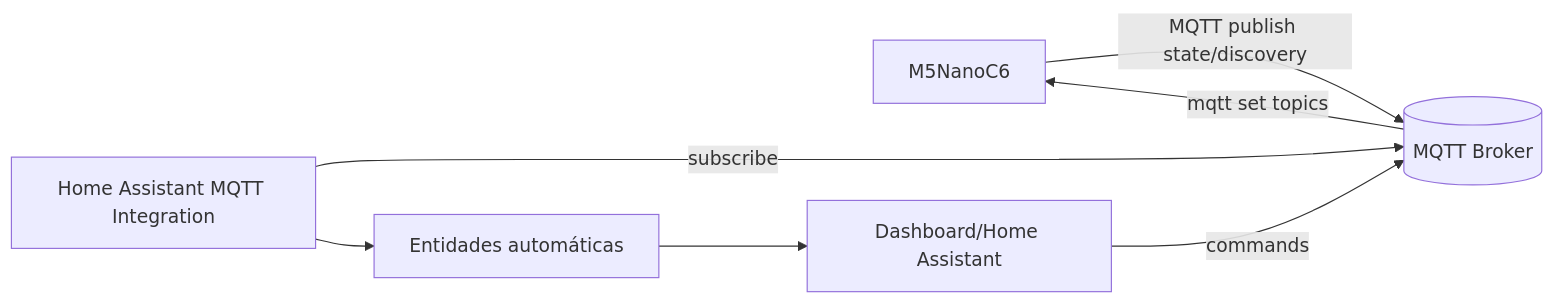
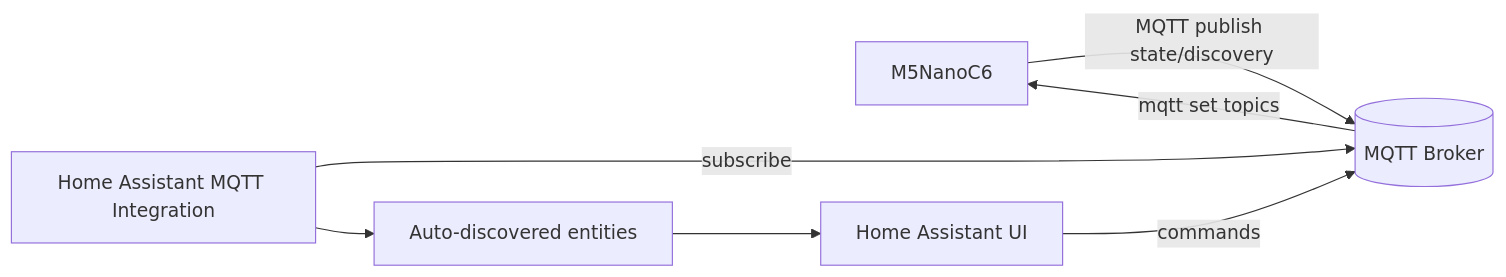
One commit to paulocfmarques-collab/M5NanoC6_wifi changed the tenth of 14 diagrams in README.md. Above: the diagram before and after it, drawn with Mermaid. The commit also changed other lines of this file, not shown here.

````diff
--- a/README.md
+++ b/README.md
@@ -384,9 +384,9 @@
 ```mermaid
 flowchart LR
     ESP[M5NanoC6] -->|MQTT publish state/discovery| BROKER[(MQTT Broker)]
     HA[Home Assistant MQTT Integration] -->|subscribe| BROKER
-    HA --> ENT[Entidades automáticas]
-    ENT --> UI[Dashboard/Home Assistant]
+    HA --> ENT[Auto-discovered entities]
+    ENT --> UI[Home Assistant UI]
     UI -->|commands| BROKER
     BROKER -->|mqtt set topics| ESP
 ```
````
